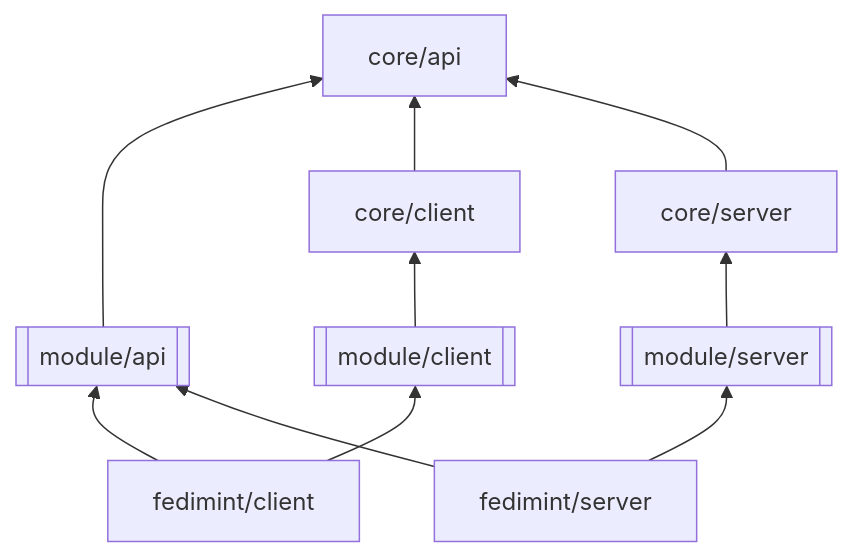
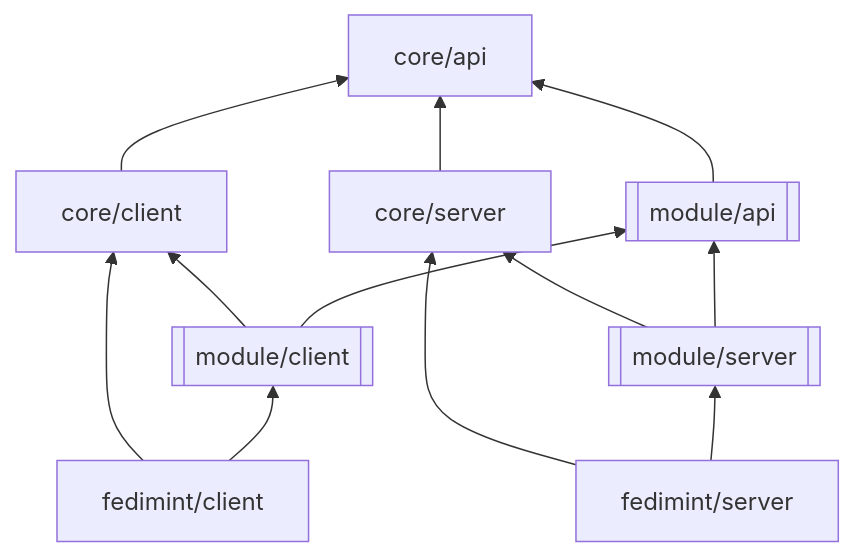
One commit to fedimint/fedimint changed the diagram in docs/modular-architecture.md. Above: the diagram before and after it, drawn with Mermaid. The commit also changed other lines of this file, not shown here.

````diff
--- a/docs/modular-architecture.md
+++ b/docs/modular-architecture.md
@@ -5,12 +5,14 @@
 ```mermaid
 graph BT;
-    fedimint/client-->mapi;
-    fedimint/server-->mapi;
+    fedimint/client-->core/client;
+    fedimint/server-->core/server;
     fedimint/client-->mclient;
     fedimint/server-->mserver;
+    mclient[[module/client]]-->core/client;
     mapi[[module/api]]-->core/api;
-    mclient[[module/client]]-->core/client;
     mserver[[module/server]]-->core/server;
+    mclient-->mapi;
+    mserver-->mapi;
     core/client-->core/api;
     core/server-->core/api;
 ```
````
